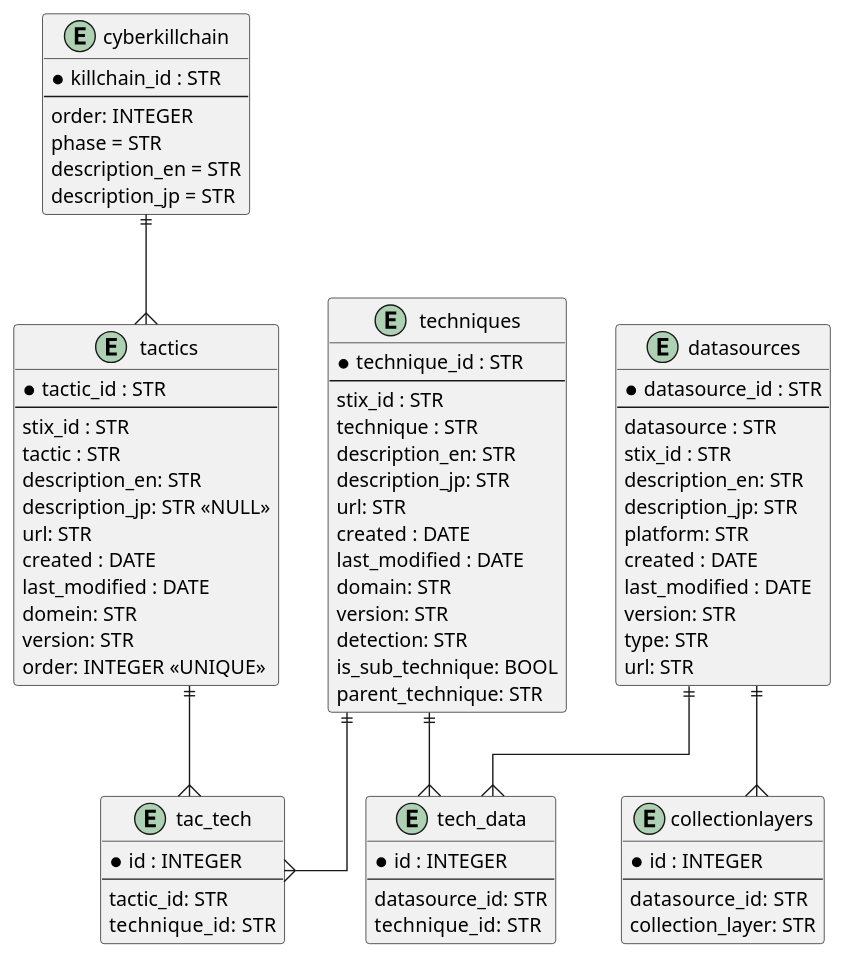
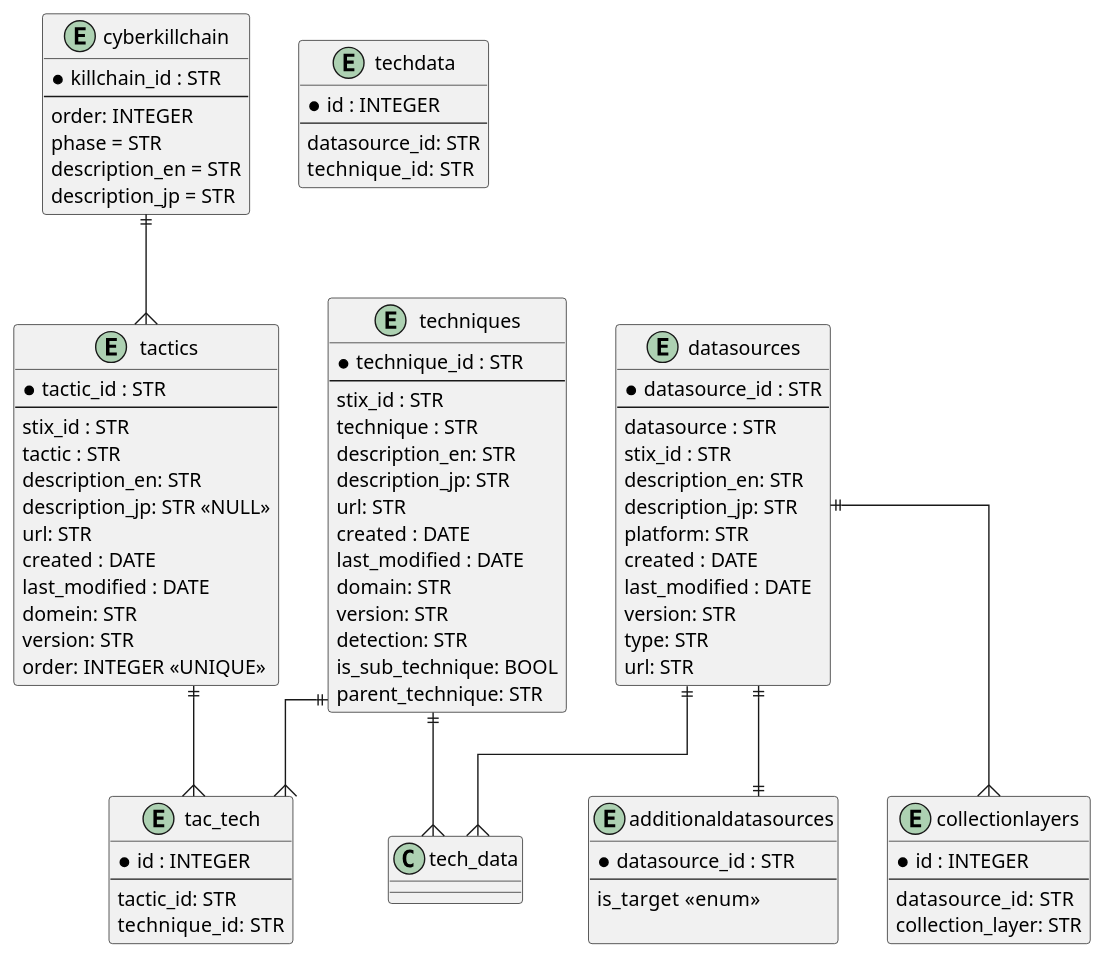
The diagram in uml/ER.puml (RyuichiHashimoto/attack-db), drawn with PlantUML before and after one commit. The commit also changed 10 other files, not shown here.

```diff
--- a/uml/ER.puml
+++ b/uml/ER.puml
@@ -1,94 +1,104 @@
 @startuml
 skinparam linetype ortho
 
 entity tactics {
   * tactic_id : STR
   ---
   stix_id : STR
   tactic : STR
   description_en: STR
   description_jp: STR <<NULL>>
   url: STR
   created : DATE 
   last_modified : DATE
   domein: STR 
   version: STR
   order: INTEGER <<UNIQUE>>
 }
 
 
 entity tac_tech {
   * id : INTEGER
   ---
   tactic_id: STR
   technique_id:  STR
 }
 
 entity techniques {
   * technique_id : STR
   ---
   stix_id : STR
   technique : STR
   description_en: STR
   description_jp: STR
   url: STR
   created : DATE
   last_modified : DATE
   domain: STR
   version: STR
   detection: STR
   is_sub_technique: BOOL
   parent_technique: STR
 }
 
-entity tech_data {
+entity techdata {
   * id : INTEGER
   ---
   datasource_id: STR
   technique_id:  STR
 }
 
 entity datasources {
   * datasource_id : STR
   ---
   datasource : STR
   stix_id : STR
   description_en: STR
   description_jp: STR
   platform: STR
   created : DATE
   last_modified : DATE
   version: STR
   type: STR
   url: STR
+}
+
+entity additionaldatasources {
+  * datasource_id : STR
+  ---
+  ' # 0 使用しない、１　使用するかも　２　使用する。
+  is_target  <<enum>> 
+  
 }
 
 entity cyberkillchain {
   * killchain_id : STR
   ---
   order: INTEGER
   phase = STR
   description_en = STR
   description_jp = STR
 }
 
 entity collectionlayers {
   * id : INTEGER
   ---
   datasource_id:  STR
   collection_layer: STR  
 }
 
 tactics ||--{ tac_tech
 
 techniques ||--{ tac_tech
 techniques ||--{ tech_data
 datasources ||--{ tech_data
 
 datasources ||--{ collectionlayers
+datasources ||--|| additionaldatasources
+
 
 cyberkillchain ||--{ tactics
 
 ' techniques || 
 
 @enduml
```
